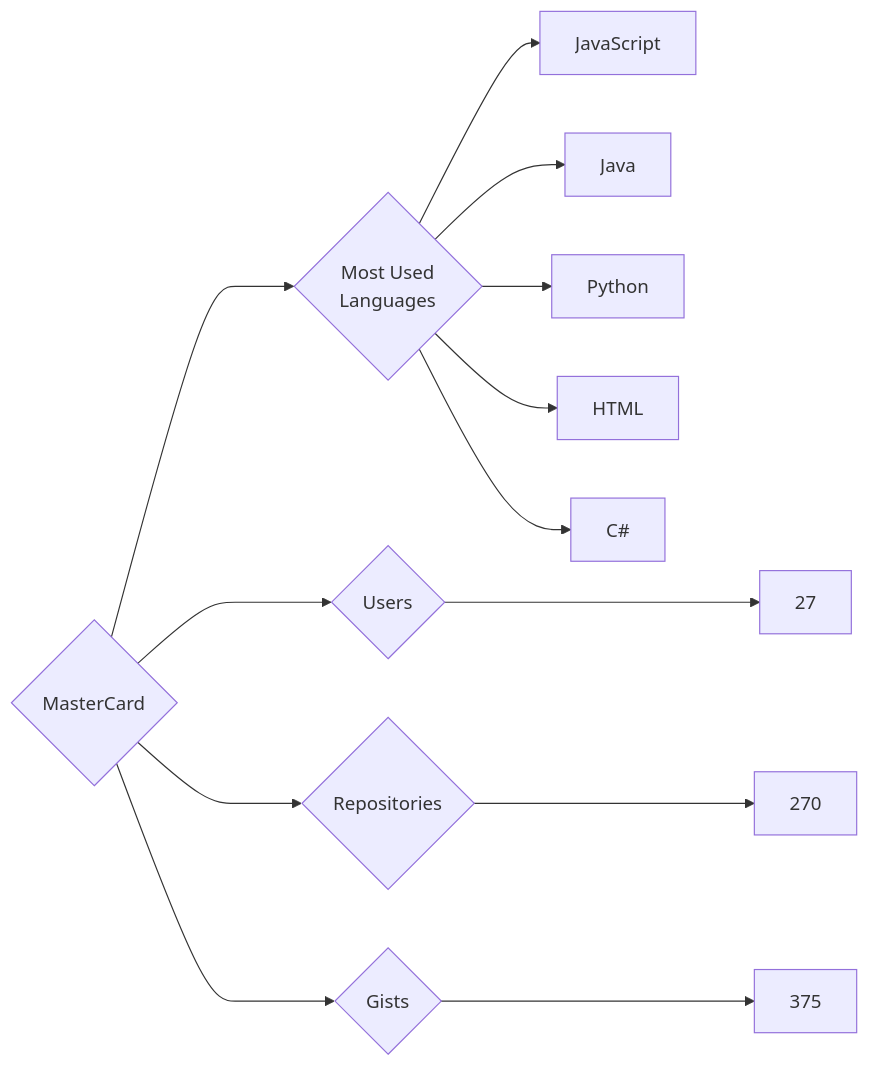
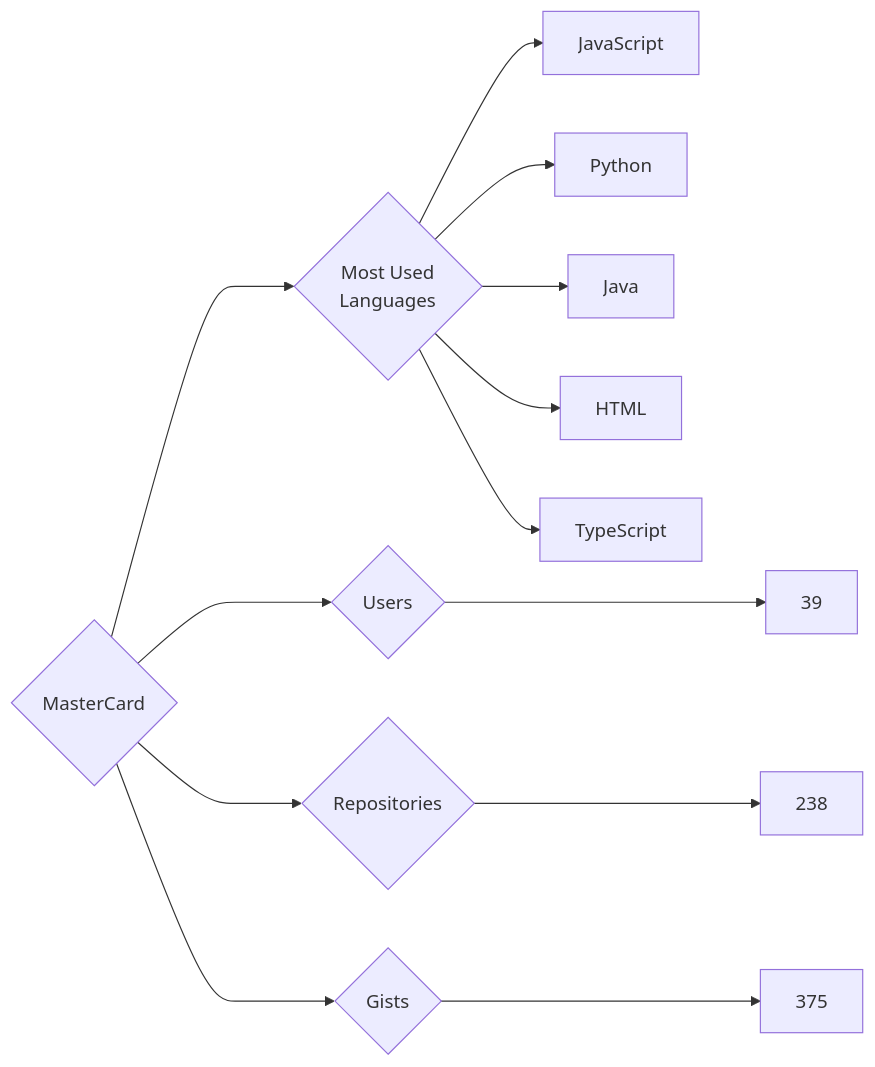
The diagram in targets/MasterCard/README.md (trickest/insiders), drawn with Mermaid before and after one commit. The commit also changed 799 other files, not shown here.

````diff
--- a/targets/MasterCard/README.md
+++ b/targets/MasterCard/README.md
@@ -3,13 +3,13 @@
 ```mermaid
 graph LR
 COMPANY_NAME{MasterCard}
-COMPANY_NAME ---> U{Users} ---> UN[27]
-COMPANY_NAME ---> R{Repositories} ---> RN[270]
+COMPANY_NAME ---> U{Users} ---> UN[39]
+COMPANY_NAME ---> R{Repositories} ---> RN[238]
 COMPANY_NAME ---> G{Gists} ---> GN[375]
 COMPANY_NAME ---> ML{Most Used<br>Languages}
 ML --> JavaScript[JavaScript]
+ML --> Python[Python]
 ML --> Java[Java]
-ML --> Python[Python]
 ML --> HTML[HTML]
-ML --> C#[C#]
+ML --> TypeScript[TypeScript]
 ```
````
